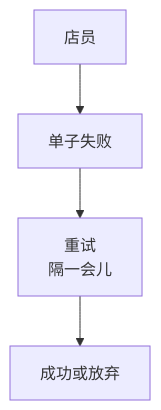
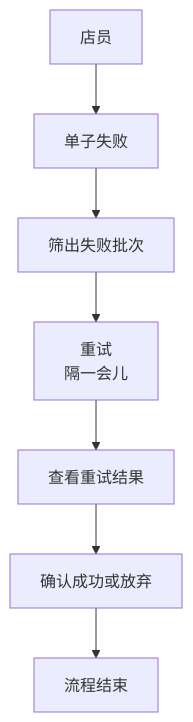
The diagram in scripts/board_check/fixtures/acme/scrum/design-gamma/DesignBacklog.md (seapawn1/IDEO-Scrum), drawn with Mermaid before and after one commit. The commit also changed other lines of this file and 12 other files, not shown here.

````diff
--- a/scripts/board_check/fixtures/acme/scrum/design-gamma/DesignBacklog.md
+++ b/scripts/board_check/fixtures/acme/scrum/design-gamma/DesignBacklog.md
@@ -23,6 +23,9 @@
 ```mermaid
 flowchart TD
     S["店员"] --> F["单子失败"]
-    F --> R["重试<br/>隔一会儿"]
-    R --> E["成功或放弃"]
+    F --> Q["筛出失败批次"]
+    Q --> R["重试<br/>隔一会儿"]
+    R --> V["查看重试结果"]
+    V --> C["确认成功或放弃"]
+    C --> E["流程结束"]
 ```
````
